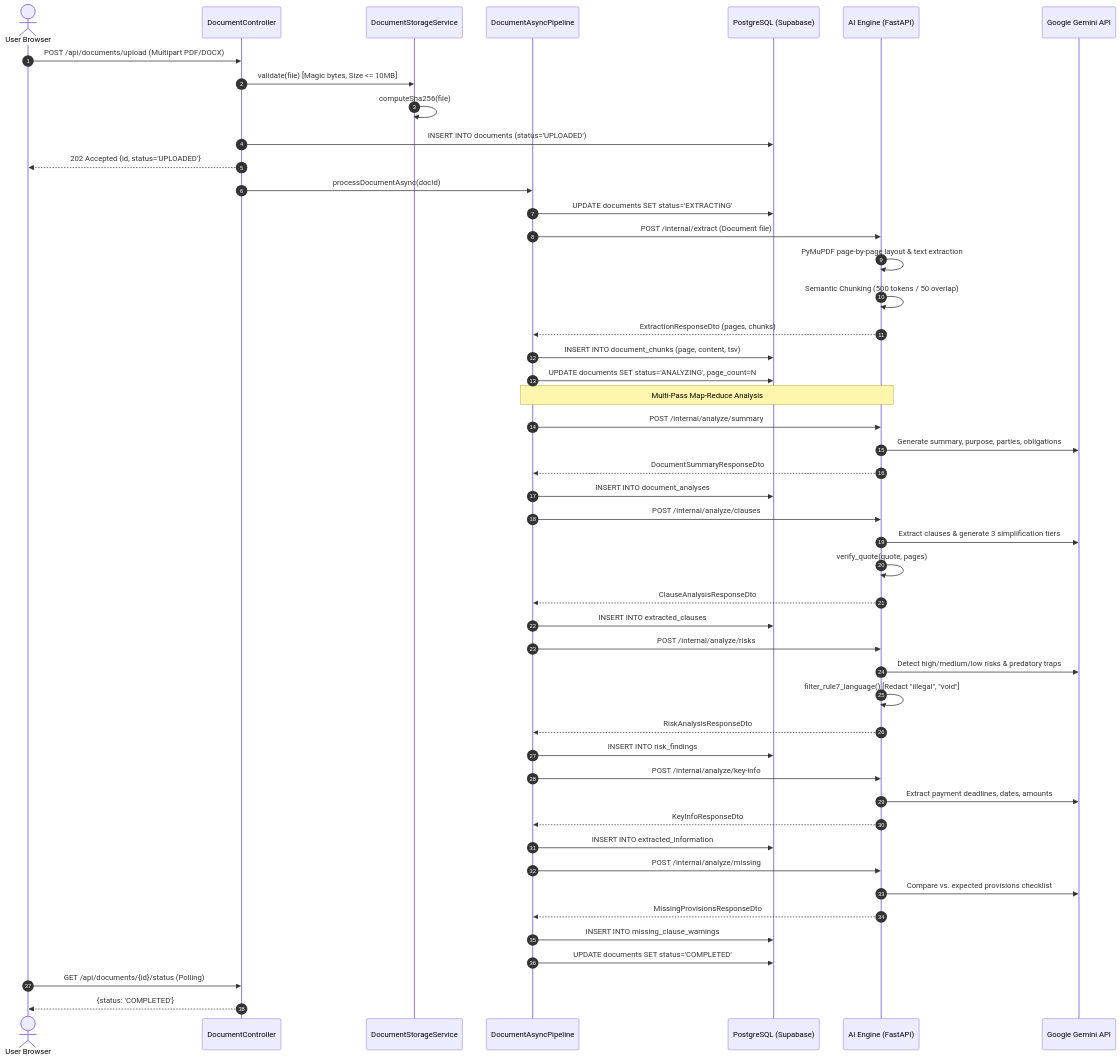
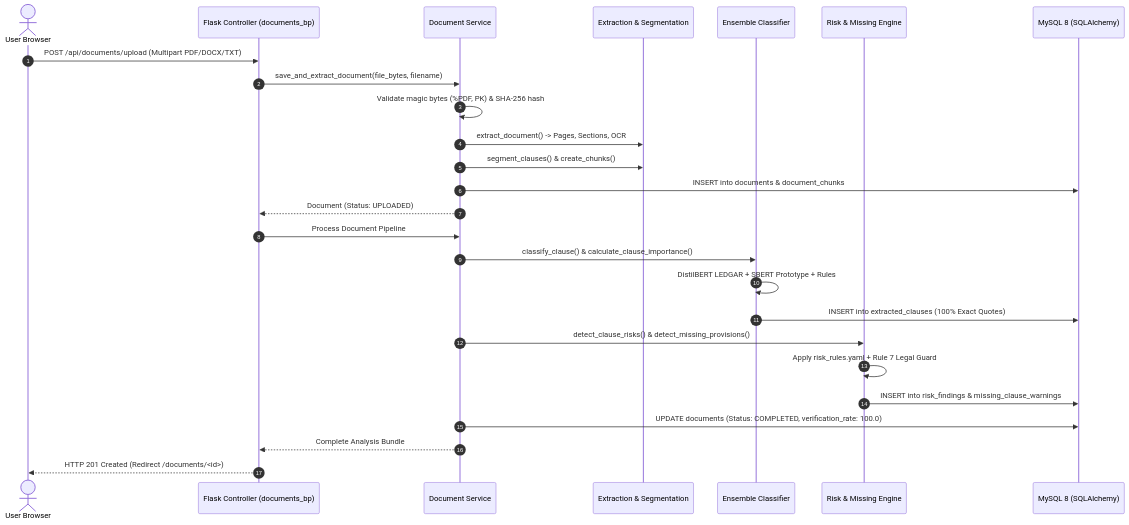
The second of 4 diagrams in docs/architecture.md (rishi-chowdary/KanoonSaathi), drawn with Mermaid before and after one commit. The commit also changed other lines of this file and 241 other files, not shown here.

Commit message:
feat(nlp): complete Phase M10 legacy removal, hardening & final verification gate

````diff
--- a/docs/architecture.md
+++ b/docs/architecture.md
@@ -79,58 +74,32 @@
 ```mermaid
 sequenceDiagram
     autonumber
     actor User as User Browser
-    participant Controller as DocumentController
-    participant Storage as DocumentStorageService
-    participant Pipeline as DocumentAsyncPipeline
-    participant DB as PostgreSQL (Supabase)
-    participant Engine as AI Engine (FastAPI)
-    participant LLM as Google Gemini API
-
-    User->>Controller: POST /api/documents/upload (Multipart PDF/DOCX)
-    Controller->>Storage: validate(file) [Magic bytes, Size <= 10MB]
-    Storage->>Storage: computeSha256(file)
-    Controller->>DB: INSERT INTO documents (status='UPLOADED')
-    Controller-->>User: 202 Accepted {id, status='UPLOADED'}
+    participant Flask as Flask Controller (documents_bp)
+    participant DocSvc as Document Service
+    participant NLPExt as Extraction & Segmentation
+    participant NLPClass as Ensemble Classifier
+    participant NLPRisk as Risk & Missing Engine
+    participant DB as MySQL 8 (SQLAlchemy)
     
-    Controller->>Pipeline: processDocumentAsync(docId)
-    Pipeline->>DB: UPDATE documents SET status='EXTRACTING'
-    Pipeline->>Engine: POST /internal/extract (Document file)
-    Engine->>Engine: PyMuPDF page-by-page layout & text extraction
-    Engine->>Engine: Semantic Chunking (500 tokens / 50 overlap)
-    Engine-->>Pipeline: ExtractionResponseDto (pages, chunks)
-    Pipeline->>DB: INSERT INTO document_chunks (page, content, tsv)
-    Pipeline->>DB: UPDATE documents SET status='ANALYZING', page_count=N
+    User->>Flask: POST /api/documents/upload (Multipart PDF/DOCX/TXT)
+    Flask->>DocSvc: save_and_extract_document(file_bytes, filename)
+    DocSvc->>DocSvc: Validate magic bytes (%PDF, PK) & SHA-256 hash
+    DocSvc->>NLPExt: extract_document() -> Pages, Sections, OCR
+    DocSvc->>NLPExt: segment_clauses() & create_chunks()
+    DocSvc->>DB: INSERT into documents & document_chunks
+    DocSvc-->>Flask: Document (Status: UPLOADED)
     
-    Note over Pipeline,Engine: Multi-Pass Map-Reduce Analysis
-    Pipeline->>Engine: POST /internal/analyze/summary
-    Engine->>LLM: Generate summary, purpose, parties, obligations
-    Engine-->>Pipeline: DocumentSummaryResponseDto
-    Pipeline->>DB: INSERT INTO document_analyses
+    Flask->>DocSvc: Process Document Pipeline
+    DocSvc->>NLPClass: classify_clause() & calculate_clause_importance()
+    NLPClass->>NLPClass: DistilBERT LEDGAR + SBERT Prototype + Rules
+    NLPClass->>DB: INSERT into extracted_clauses (100% Exact Quotes)
     
-    Pipeline->>Engine: POST /internal/analyze/clauses
-    Engine->>LLM: Extract clauses & generate 3 simplification tiers
-    Engine->>Engine: verify_quote(quote, pages)
-    Engine-->>Pipeline: ClauseAnalysisResponseDto
-    Pipeline->>DB: INSERT INTO extracted_clauses
+    DocSvc->>NLPRisk: detect_clause_risks() & detect_missing_provisions()
+    NLPRisk->>NLPRisk: Apply risk_rules.yaml + Rule 7 Legal Guard
+    NLPRisk->>DB: INSERT into risk_findings & missing_clause_warnings
     
-    Pipeline->>Engine: POST /internal/analyze/risks
-    Engine->>LLM: Detect high/medium/low risks & predatory traps
-    Engine->>Engine: filter_rule7_language() [Redact "illegal", "void"]
-    Engine-->>Pipeline: RiskAnalysisResponseDto
-    Pipeline->>DB: INSERT INTO risk_findings
-    
-    Pipeline->>Engine: POST /internal/analyze/key-info
-    Engine->>LLM: Extract payment deadlines, dates, amounts
-    Engine-->>Pipeline: KeyInfoResponseDto
-    Pipeline->>DB: INSERT INTO extracted_information
-    
-    Pipeline->>Engine: POST /internal/analyze/missing
-    Engine->>LLM: Compare vs. expected provisions checklist
-    Engine-->>Pipeline: MissingProvisionsResponseDto
-    Pipeline->>DB: INSERT INTO missing_clause_warnings
-    
-    Pipeline->>DB: UPDATE documents SET status='COMPLETED'
-    User->>Controller: GET /api/documents/{id}/status (Polling)
-    Controller-->>User: {status: 'COMPLETED'}
+    DocSvc->>DB: UPDATE documents (Status: COMPLETED, verification_rate: 100.0)
+    DocSvc-->>Flask: Complete Analysis Bundle
+    Flask-->>User: HTTP 201 Created (Redirect /documents/<id>)
 ```
````
